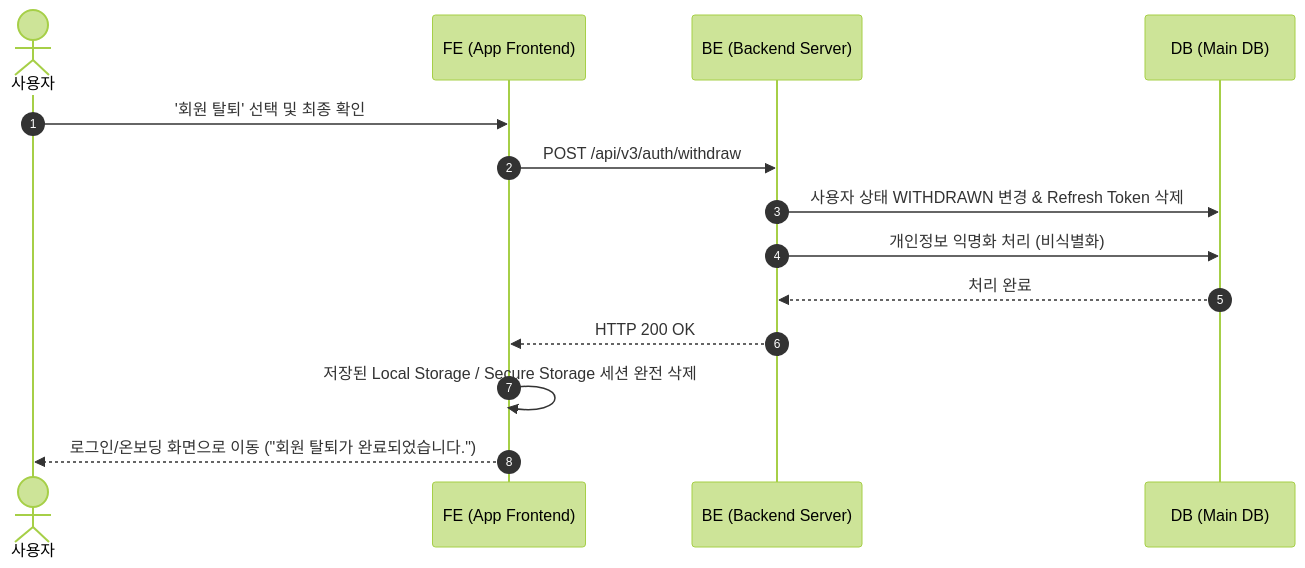
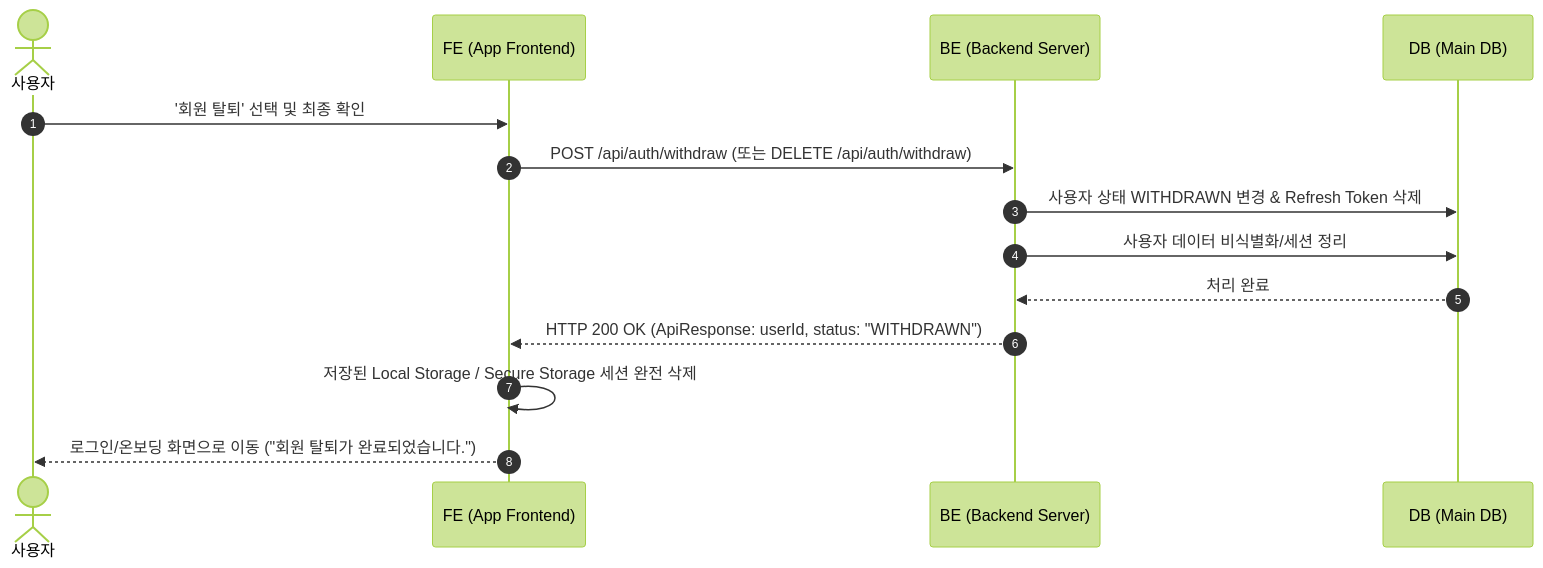
The seventh of 7 diagrams in docs/2. v3/4. Sequence Diagram.md (wooddang-gachon/NASA_backEnd), drawn with Mermaid (forest theme) before and after one commit. The commit also changed other lines of this file and 123 other files, not shown here.

````diff
--- a/docs/2. v3/4. Sequence Diagram.md
+++ b/docs/2. v3/4. Sequence Diagram.md
@@ -196,17 +223,17 @@
 ```mermaid
 sequenceDiagram
     autonumber
     actor User as 사용자
     participant FE as FE (App Frontend)
     participant BE as BE (Backend Server)
     participant DB as DB (Main DB)
 
     User->>FE: '회원 탈퇴' 선택 및 최종 확인
-    FE->>BE: POST /api/v3/auth/withdraw
+    FE->>BE: POST /api/auth/withdraw (또는 DELETE /api/auth/withdraw)
     BE->>DB: 사용자 상태 WITHDRAWN 변경 & Refresh Token 삭제
-    BE->>DB: 개인정보 익명화 처리 (비식별화)
+    BE->>DB: 사용자 데이터 비식별화/세션 정리
     DB-->>BE: 처리 완료
-    BE-->>FE: HTTP 200 OK
+    BE-->>FE: HTTP 200 OK (ApiResponse: userId, status: "WITHDRAWN")
     FE->>FE: 저장된 Local Storage / Secure Storage 세션 완전 삭제
     FE-->>User: 로그인/온보딩 화면으로 이동 ("회원 탈퇴가 완료되었습니다.")
 ```
````
